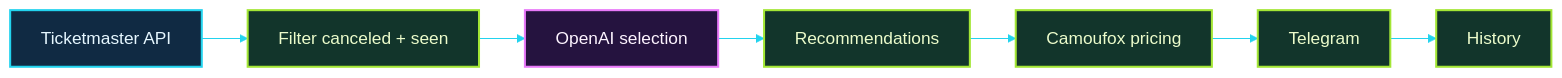
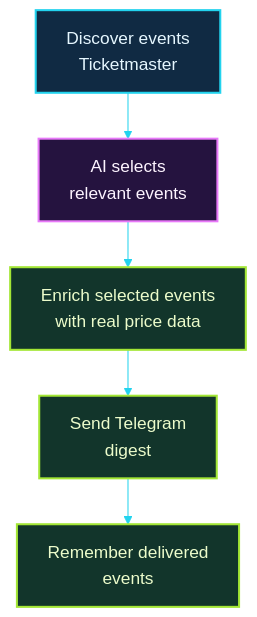
Before and after one commit to michalmarczuk/event-agent: the first of 2 diagrams in README.md, drawn with Mermaid. The commit also changed other lines of this file and 3 other files, not shown here.

Commit message:
Improve Mermaid readability and simplify README flow

````diff
--- a/README.md
+++ b/README.md
@@ -13,17 +12,15 @@
 ```mermaid
 %%{init: {'theme': 'base', 'themeVariables': {'background': '#07111f', 'primaryColor': '#102a43', 'primaryTextColor': '#e6f7ff', 'primaryBorderColor': '#22d3ee', 'secondaryColor': '#25133f', 'tertiaryColor': '#12352b', 'lineColor': '#22d3ee', 'fontFamily': 'ui-sans-serif, system-ui', 'fontSize': '17px'}, 'flowchart': {'nodeSpacing': 35, 'rankSpacing': 45}}}%%
-flowchart LR
-    discovery["Ticketmaster API"] --> filter["Filter canceled + seen"]
-    filter --> agent["OpenAI selection"]
-    agent --> final["Recommendations"]
-    final --> enrich["Camoufox pricing"]
-    enrich --> telegram["Telegram"]
-    telegram --> history["History"]
+flowchart TB
+    discover["Discover events<br/>Ticketmaster"] --> select["AI selects<br/>relevant events"]
+    select --> enrich["Enrich selected events<br/>with real price data"]
+    enrich --> send["Send Telegram<br/>digest"]
+    send --> remember["Remember delivered<br/>events"]
 
     classDef external fill:#102a43,stroke:#22d3ee,color:#e6f7ff,stroke-width:2px;
     classDef ai fill:#25133f,stroke:#e879f9,color:#fdf4ff,stroke-width:2px;
     classDef deterministic fill:#12352b,stroke:#a3e635,color:#ecfccb,stroke-width:2px;
-    class discovery external;
-    class agent ai;
-    class filter,final,enrich,telegram,history deterministic;
+    class discover external;
+    class select ai;
+    class enrich,send,remember deterministic;
 ```
````
